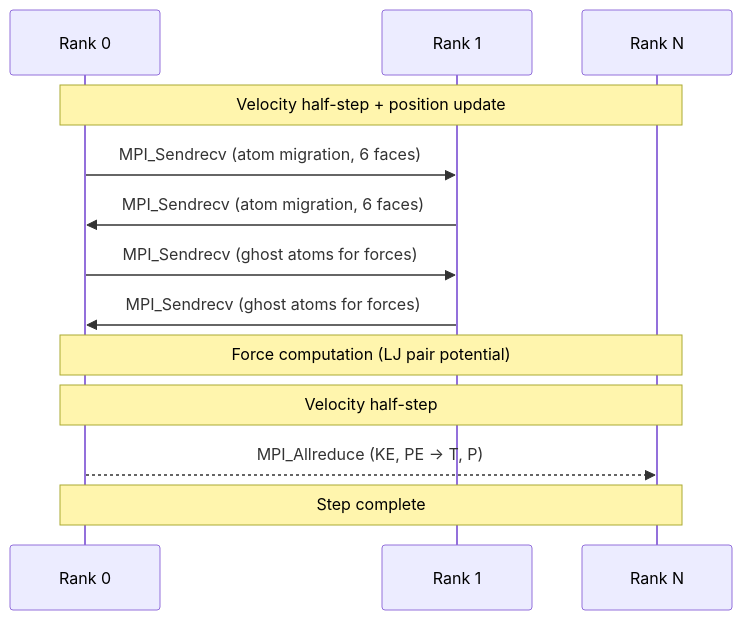
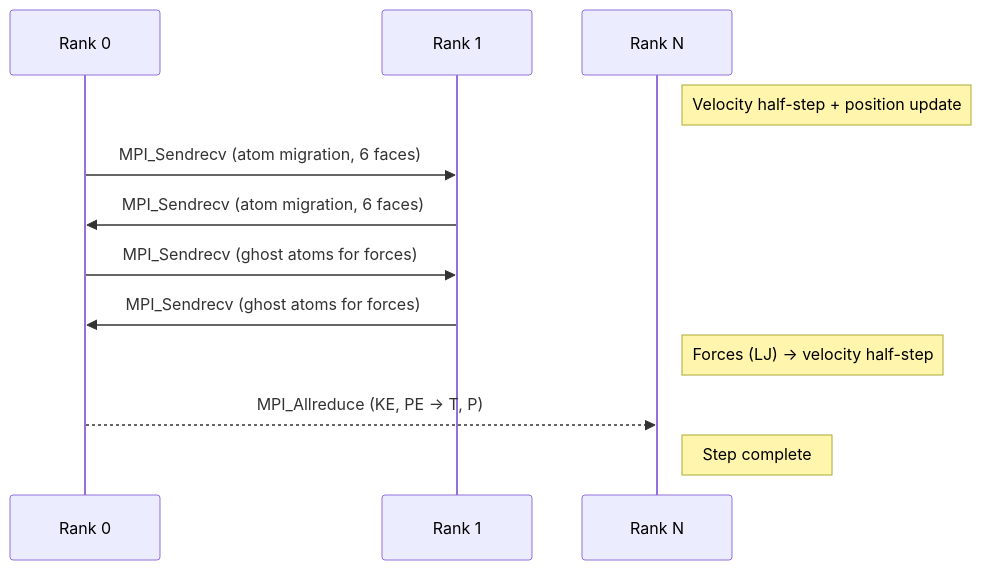
Before and after one commit to ngduchai/guard-agent: the second of 3 diagrams in tests/apps/docs/LAMMPS/README.md, drawn with Mermaid. The commit also changed other lines of this file and 43 other files, not shown here.

````diff
--- a/tests/apps/docs/LAMMPS/README.md
+++ b/tests/apps/docs/LAMMPS/README.md
@@ -108,16 +108,15 @@
 ```mermaid
 sequenceDiagram
     participant R0 as Rank 0
     participant R1 as Rank 1
     participant RN as Rank N
 
-    Note over R0,RN: Velocity half-step + position update
+    Note right of RN: Velocity half-step + position update
     R0->>R1: MPI_Sendrecv (atom migration, 6 faces)
     R1->>R0: MPI_Sendrecv (atom migration, 6 faces)
     R0->>R1: MPI_Sendrecv (ghost atoms for forces)
     R1->>R0: MPI_Sendrecv (ghost atoms for forces)
-    Note over R0,RN: Force computation (LJ pair potential)
-    Note over R0,RN: Velocity half-step
+    Note right of RN: Forces (LJ) → velocity half-step
     R0-->>RN: MPI_Allreduce (KE, PE -> T, P)
-    Note over R0,RN: Step complete
+    Note right of RN: Step complete
 ```
````
